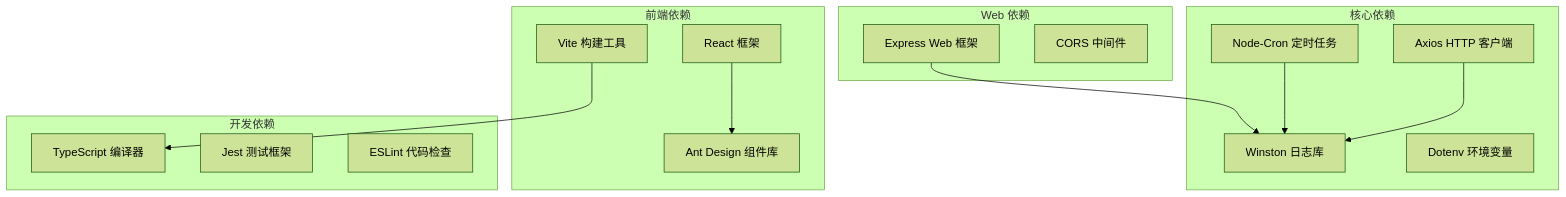
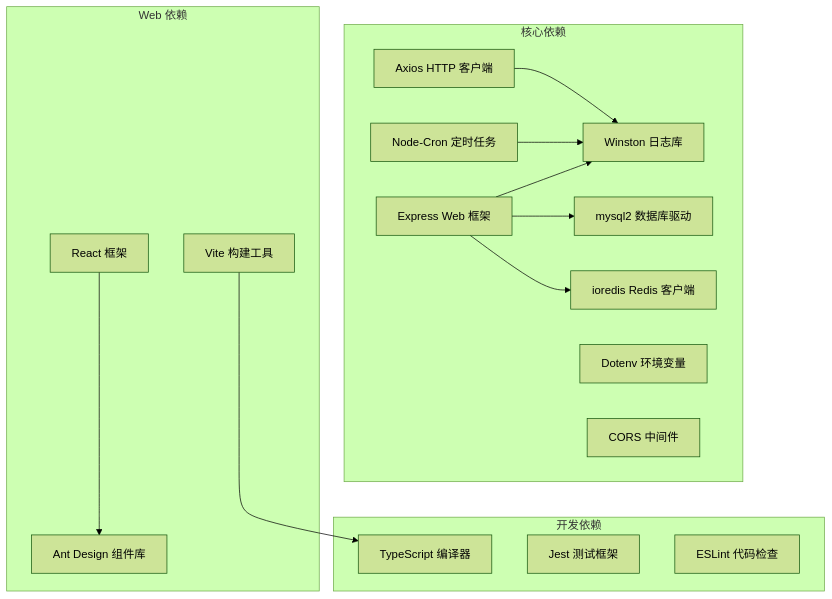
Diagram 15 of 16 in .qoder/repowiki/zh/content/工具服务模块/配置管理/配置管理系统.md (songdiyang/clawOperations), drawn with Mermaid (forest theme) before and after one commit. The commit also changed other lines of this file and 10 other files, not shown here.

````diff
--- a/.qoder/repowiki/zh/content/工具服务模块/配置管理/配置管理系统.md
+++ b/.qoder/repowiki/zh/content/工具服务模块/配置管理/配置管理系统.md
@@ -459,28 +659,30 @@
 ```mermaid
 graph TB
 subgraph "核心依赖"
 Axios[Axios HTTP 客户端]
 Winston[Winston 日志库]
 NodeCron[Node-Cron 定时任务]
 Dotenv[Dotenv 环境变量]
-end
-subgraph "Web 依赖"
+MySQL2[mysql2 数据库驱动]
+IORedis[ioredis Redis 客户端]
 Express[Express Web 框架]
 Cors[CORS 中间件]
 end
-subgraph "前端依赖"
+subgraph "Web 依赖"
 React[React 框架]
 Antd[Ant Design 组件库]
 Vite[Vite 构建工具]
 end
 subgraph "开发依赖"
 TypeScript[TypeScript 编译器]
 Jest[Jest 测试框架]
 ESLint[ESLint 代码检查]
 end
 Axios --> Winston
 NodeCron --> Winston
 Express --> Winston
+Express --> MySQL2
+Express --> IORedis
 React --> Antd
 Vite --> TypeScript
 ```
````
